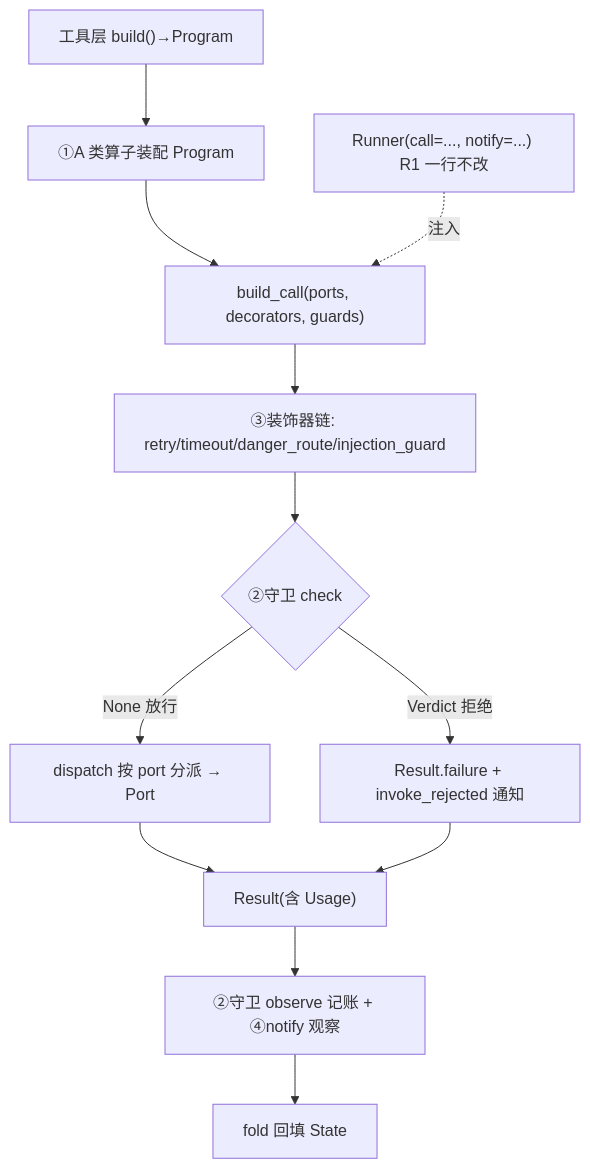
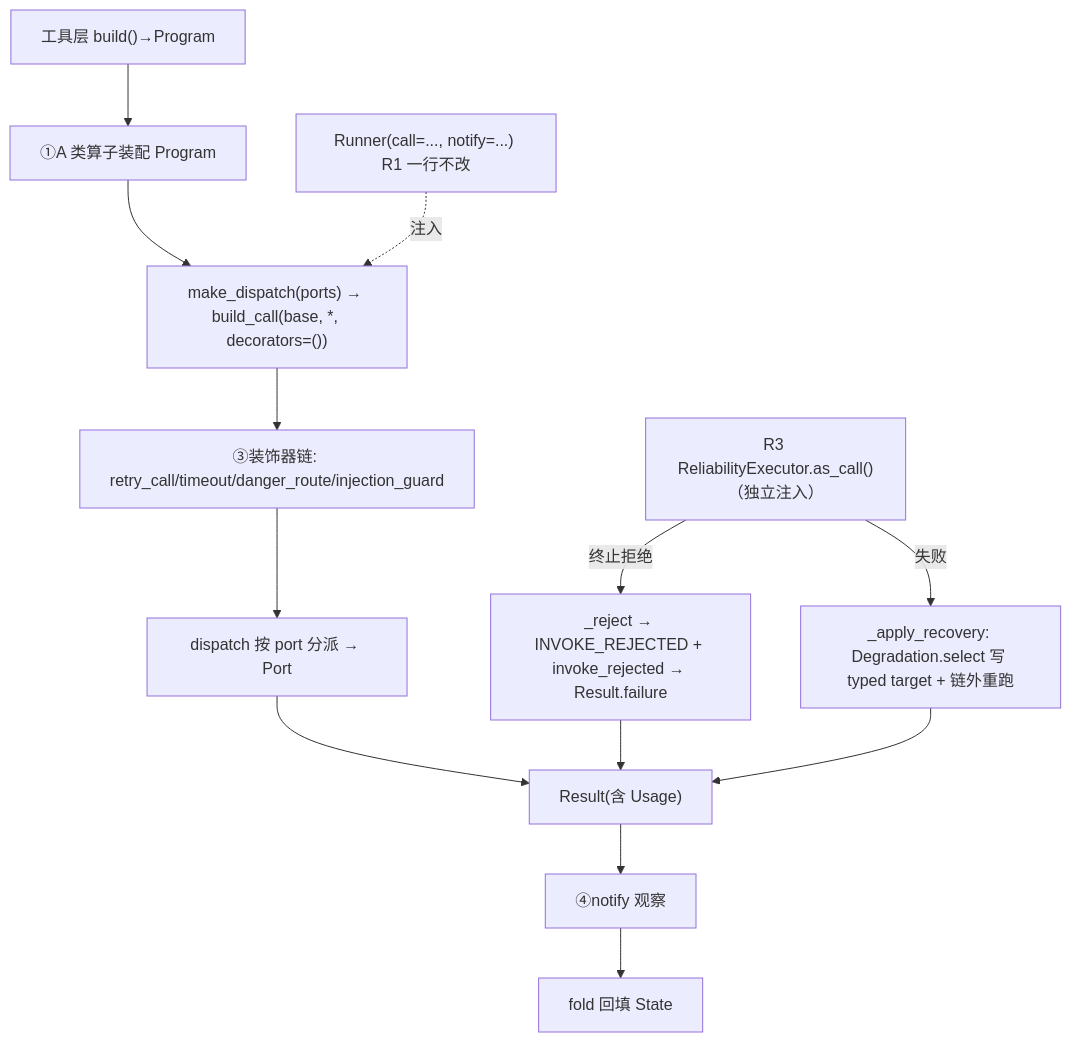
The fourth of 13 diagrams in docs/01-总览与设计/AGENT-总设计.md (sao-lang/lll), drawn with Mermaid before and after one commit. The commit also changed other lines of this file and 91 other files, not shown here.

````diff
--- a/docs/01-总览与设计/AGENT-总设计.md
+++ b/docs/01-总览与设计/AGENT-总设计.md
@@ -596,14 +595,15 @@
 ```mermaid
 flowchart TD
     P["工具层 build()→Program"] --> OPS["①A 类算子装配 Program"]
-    OPS --> BC["build_call(ports, decorators, guards)"]
-    BC --> DEC["③装饰器链: retry/timeout/danger_route/injection_guard"]
-    DEC --> GD{"②守卫 check"}
-    GD -->|None 放行| DSP["dispatch 按 port 分派 → Port"]
-    GD -->|Verdict 拒绝| RJ["Result.failure + invoke_rejected 通知"]
+    OPS --> BC["make_dispatch(ports) → build_call(base, *, decorators=())"]
+    BC --> DEC["③装饰器链: retry_call/timeout/danger_route/injection_guard"]
+    DEC --> DSP["dispatch 按 port 分派 → Port"]
+    EX["R3 ReliabilityExecutor.as_call()（独立注入）"] -->|终止拒绝| RJ["_reject → INVOKE_REJECTED + invoke_rejected → Result.failure"]
+    EX -->|失败| DEG["_apply_recovery: Degradation.select 写 typed target + 链外重跑"]
     DSP --> RES["Result(含 Usage)"]
     RJ --> RES
-    RES --> OBS["②守卫 observe 记账 + ④notify 观察"]
+    DEG --> RES
+    RES --> OBS["④notify 观察"]
     OBS --> FL["fold 回填 State"]
     INJ["Runner(call=..., notify=...) R1 一行不改"] -.注入.-> BC
 ```
````
